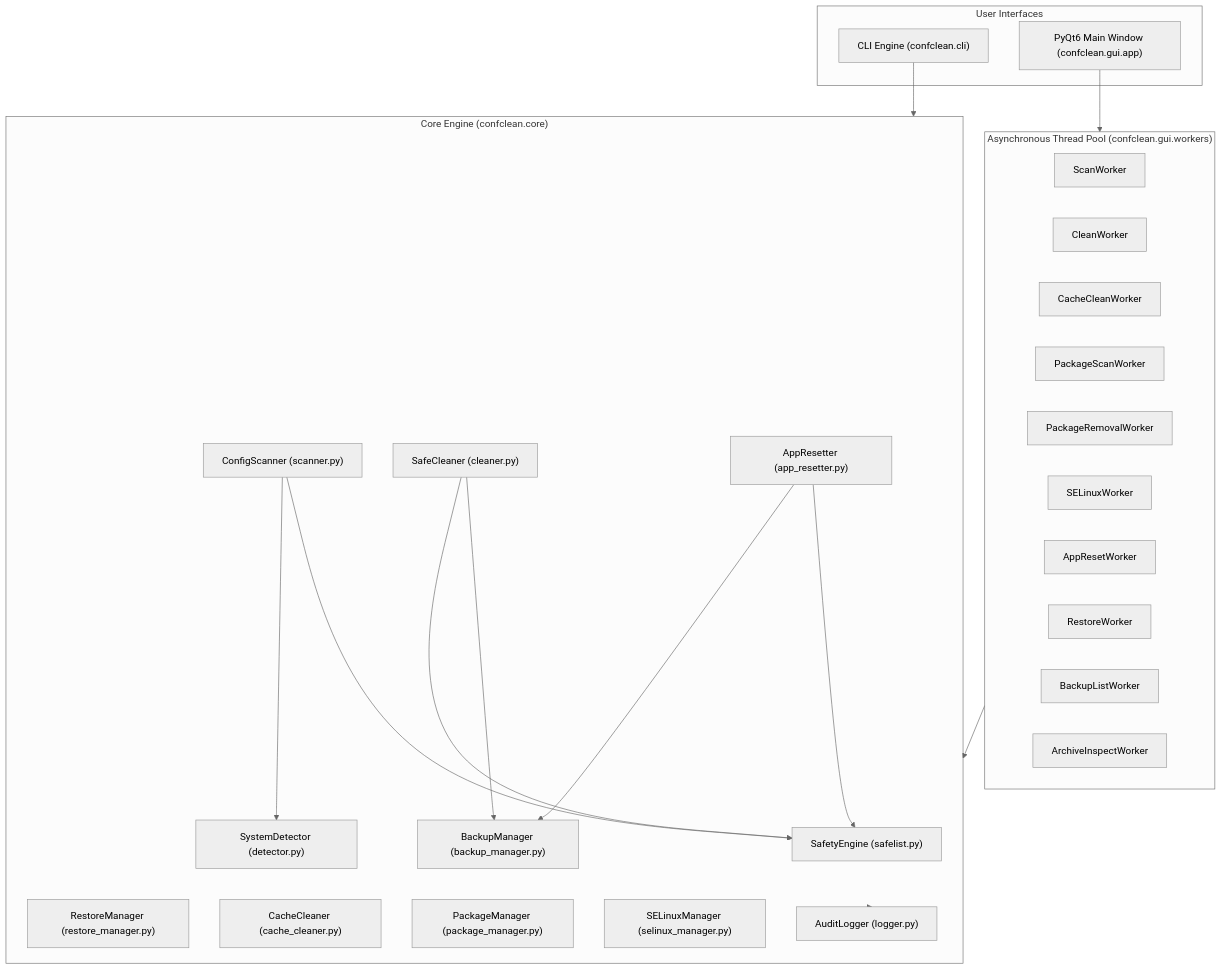
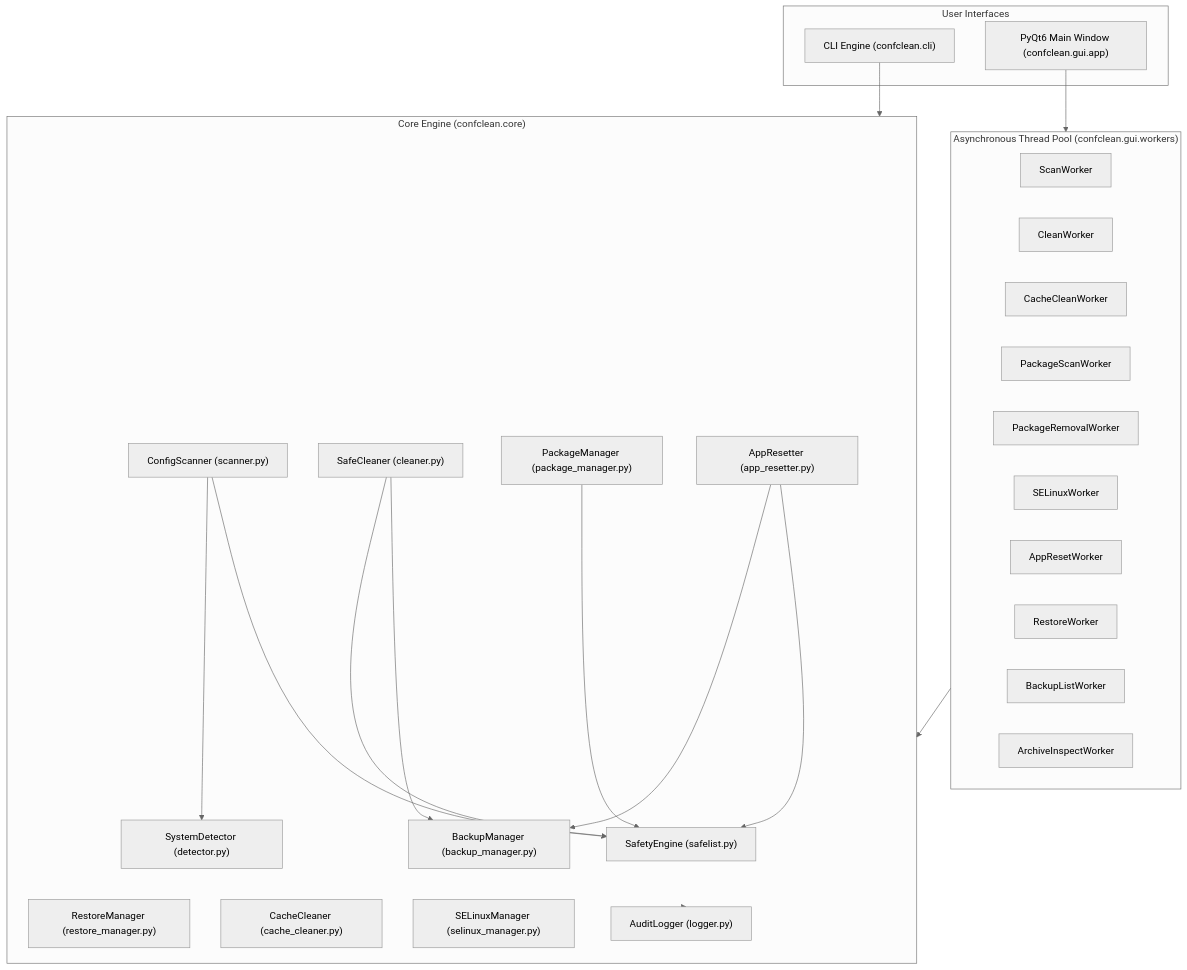
One commit to turajbjt/confCleanFc changed the first of 3 diagrams in docs/ARCHITECTURE.md. Above: the diagram before and after it, drawn with Mermaid (neutral theme). The commit also changed other lines of this file and 21 other files, not shown here.

````diff
--- a/docs/ARCHITECTURE.md
+++ b/docs/ARCHITECTURE.md
@@ -14,45 +14,46 @@
 ```mermaid
 flowchart TD
     subgraph UI ["User Interfaces"]
         CLI["CLI Engine (confclean.cli)"]
         GUI["PyQt6 Main Window (confclean.gui.app)"]
     end
 
     subgraph Workers ["Asynchronous Thread Pool (confclean.gui.workers)"]
         ScanWorker["ScanWorker"]
         CleanWorker["CleanWorker"]
         CacheCleanWorker["CacheCleanWorker"]
         PackageScanWorker["PackageScanWorker"]
         PackageRemovalWorker["PackageRemovalWorker"]
         SELinuxWorker["SELinuxWorker"]
         AppResetWorker["AppResetWorker"]
         RestoreWorker["RestoreWorker"]
         BackupListWorker["BackupListWorker"]
         ArchiveInspectWorker["ArchiveInspectWorker"]
     end
 
     subgraph Core ["Core Engine (confclean.core)"]
         Safety["SafetyEngine (safelist.py)"]
         Detector["SystemDetector (detector.py)"]
         Scanner["ConfigScanner (scanner.py)"]
         Cleaner["SafeCleaner (cleaner.py)"]
         Backup["BackupManager (backup_manager.py)"]
         Restore["RestoreManager (restore_manager.py)"]
         Cache["CacheCleaner (cache_cleaner.py)"]
         PkgMgr["PackageManager (package_manager.py)"]
         SELinux["SELinuxManager (selinux_manager.py)"]
         AppReset["AppResetter (app_resetter.py)"]
         Logger["AuditLogger (logger.py)"]
     end
 
     GUI --> Workers
     Workers --> Core
     CLI --> Core
     Cleaner --> Safety
     Cleaner --> Backup
     Scanner --> Detector
     Scanner --> Safety
+    PkgMgr --> Safety
     AppReset --> Backup
     AppReset --> Safety
     Core --> Logger
 ```
````
